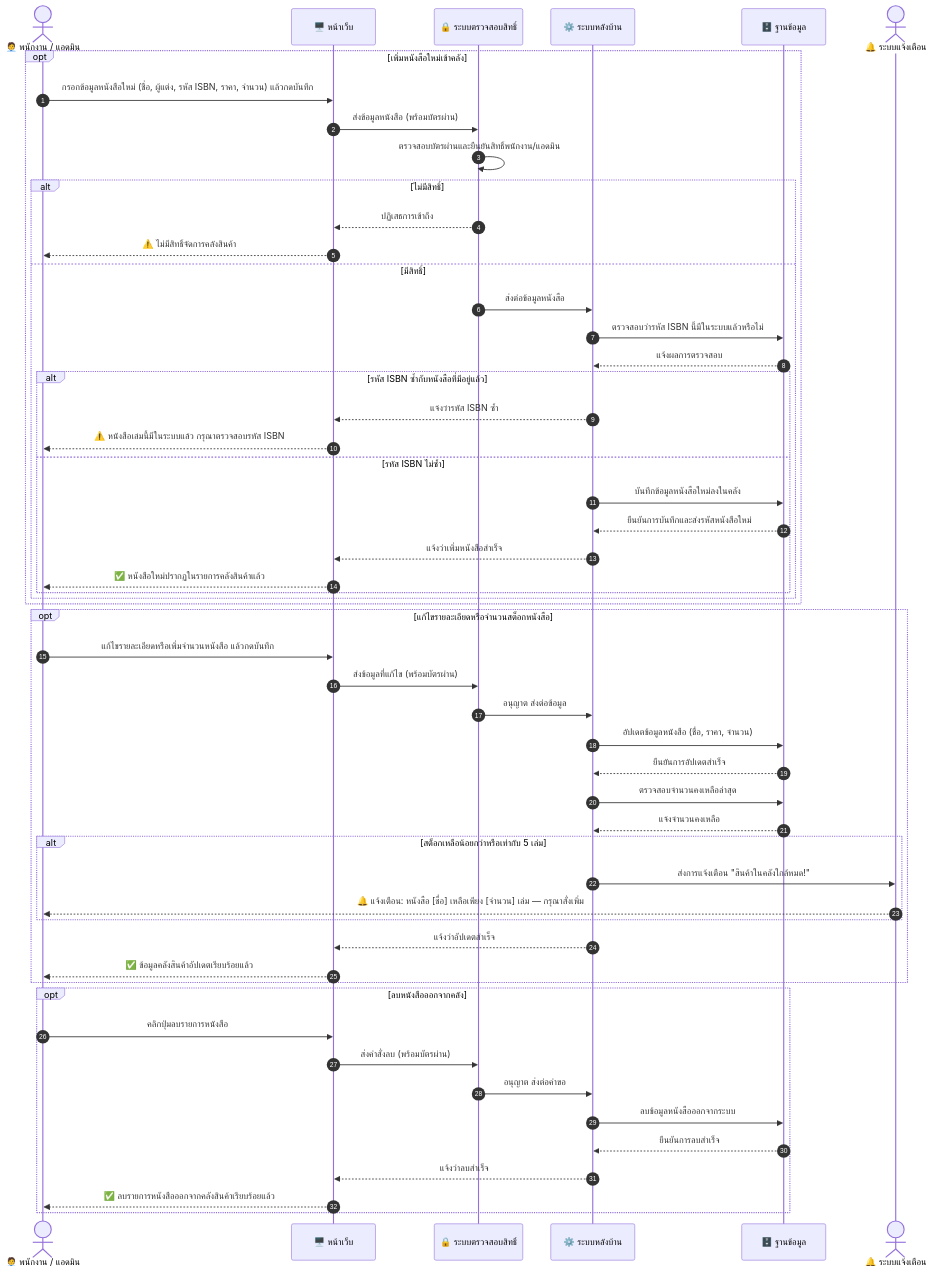
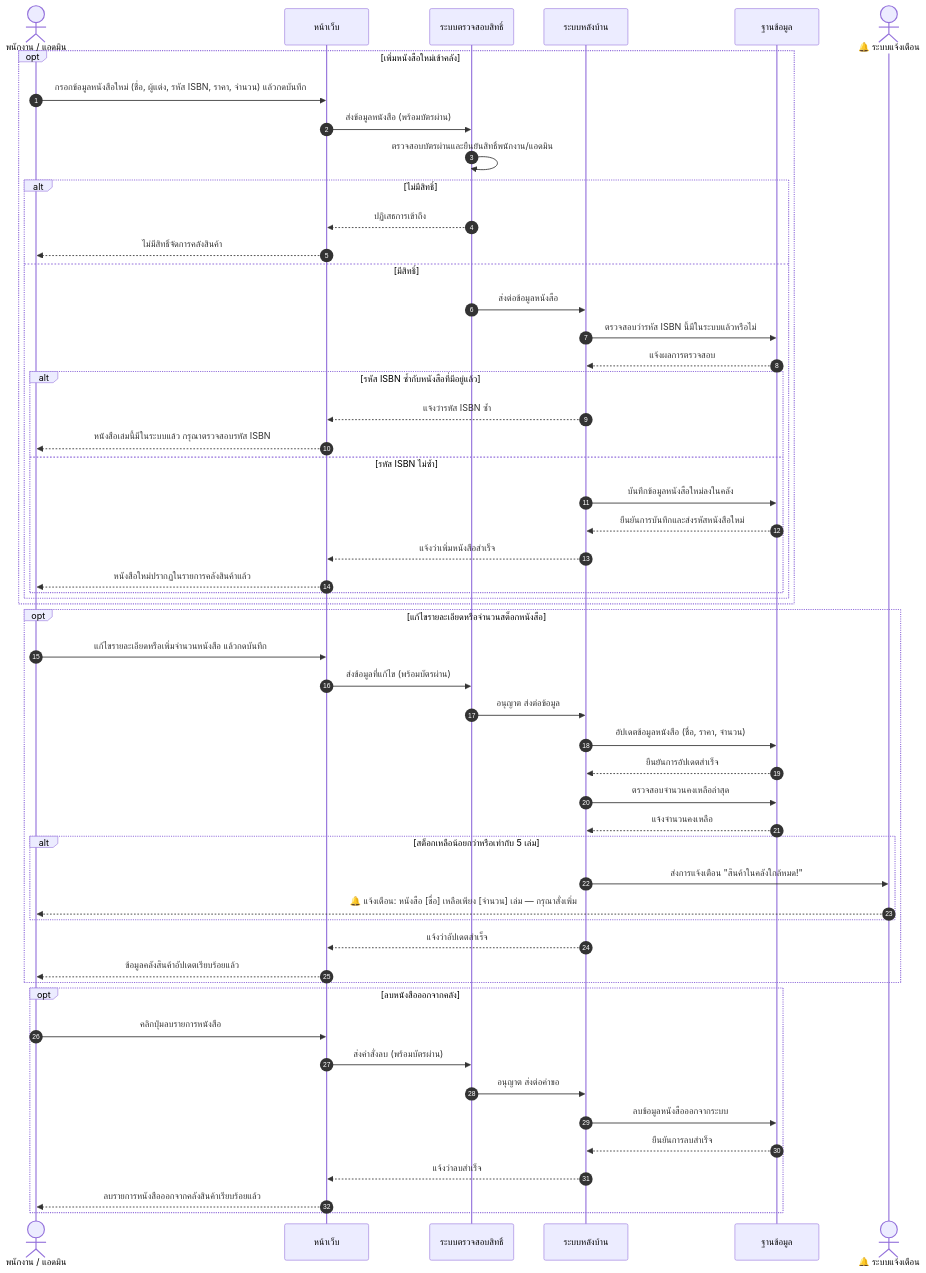
Before and after one commit to SupvichSpuGM/online-bookstore: the tenth of 15 diagrams in diagram/Diagram.md, drawn with Mermaid. The commit also changed other lines of this file and 1 other file, not shown here.

````diff
--- a/diagram/Diagram.md
+++ b/diagram/Diagram.md
@@ -587,59 +600,59 @@
 ```mermaid
 sequenceDiagram
-    autonumber
-    actor Staff as 🧑‍💼 พนักงาน / แอดมิน
-    participant Web as 🖥️ หน้าเว็บ
-    participant Guard as 🔒 ระบบตรวจสอบสิทธิ์
-    participant App as ⚙️ ระบบหลังบ้าน
-    participant DB as 🗄️ ฐานข้อมูล
-    actor Notify as 🔔 ระบบแจ้งเตือน
+  autonumber
+  actor Staff as พนักงาน / แอดมิน
+  participant Web as หน้าเว็บ
+  participant Guard as ระบบตรวจสอบสิทธิ์
+  participant App as ระบบหลังบ้าน
+  participant DB as ฐานข้อมูล
+  actor Notify as 🔔 ระบบแจ้งเตือน
 
-    opt เพิ่มหนังสือใหม่เข้าคลัง
-        Staff->>Web: กรอกข้อมูลหนังสือใหม่ (ชื่อ, ผู้แต่ง, รหัส ISBN, ราคา, จำนวน) แล้วกดบันทึก
-        Web->>Guard: ส่งข้อมูลหนังสือ (พร้อมบัตรผ่าน)
-        Guard->>Guard: ตรวจสอบบัตรผ่านและยืนยันสิทธิ์พนักงาน/แอดมิน
-        alt ไม่มีสิทธิ์
-            Guard-->>Web: ปฏิเสธการเข้าถึง
-            Web-->>Staff: ⚠️ ไม่มีสิทธิ์จัดการคลังสินค้า
-        else มีสิทธิ์
-            Guard->>App: ส่งต่อข้อมูลหนังสือ
-            App->>DB: ตรวจสอบว่ารหัส ISBN นี้มีในระบบแล้วหรือไม่
-            DB-->>App: แจ้งผลการตรวจสอบ
-            alt รหัส ISBN ซ้ำกับหนังสือที่มีอยู่แล้ว
-                App-->>Web: แจ้งว่ารหัส ISBN ซ้ำ
-                Web-->>Staff: ⚠️ หนังสือเล่มนี้มีในระบบแล้ว กรุณาตรวจสอบรหัส ISBN
-            else รหัส ISBN ไม่ซ้ำ
-                App->>DB: บันทึกข้อมูลหนังสือใหม่ลงในคลัง
-                DB-->>App: ยืนยันการบันทึกและส่งรหัสหนังสือใหม่
-                App-->>Web: แจ้งว่าเพิ่มหนังสือสำเร็จ
-                Web-->>Staff: ✅ หนังสือใหม่ปรากฏในรายการคลังสินค้าแล้ว
-            end
-        end
+  opt เพิ่มหนังสือใหม่เข้าคลัง
+    Staff->>Web: กรอกข้อมูลหนังสือใหม่ (ชื่อ, ผู้แต่ง, รหัส ISBN, ราคา, จำนวน) แล้วกดบันทึก
+    Web->>Guard: ส่งข้อมูลหนังสือ (พร้อมบัตรผ่าน)
+    Guard->>Guard: ตรวจสอบบัตรผ่านและยืนยันสิทธิ์พนักงาน/แอดมิน
+    alt ไม่มีสิทธิ์
+      Guard-->>Web: ปฏิเสธการเข้าถึง
+      Web-->>Staff: ไม่มีสิทธิ์จัดการคลังสินค้า
+    else มีสิทธิ์
+      Guard->>App: ส่งต่อข้อมูลหนังสือ
+      App->>DB: ตรวจสอบว่ารหัส ISBN นี้มีในระบบแล้วหรือไม่
+      DB-->>App: แจ้งผลการตรวจสอบ
+      alt รหัส ISBN ซ้ำกับหนังสือที่มีอยู่แล้ว
+        App-->>Web: แจ้งว่ารหัส ISBN ซ้ำ
+        Web-->>Staff: หนังสือเล่มนี้มีในระบบแล้ว กรุณาตรวจสอบรหัส ISBN
+      else รหัส ISBN ไม่ซ้ำ
+        App->>DB: บันทึกข้อมูลหนังสือใหม่ลงในคลัง
+        DB-->>App: ยืนยันการบันทึกและส่งรหัสหนังสือใหม่
+        App-->>Web: แจ้งว่าเพิ่มหนังสือสำเร็จ
+        Web-->>Staff: หนังสือใหม่ปรากฏในรายการคลังสินค้าแล้ว
+      end
     end
+  end
 
-    opt แก้ไขรายละเอียดหรือจำนวนสต็อกหนังสือ
-        Staff->>Web: แก้ไขรายละเอียดหรือเพิ่มจำนวนหนังสือ แล้วกดบันทึก
-        Web->>Guard: ส่งข้อมูลที่แก้ไข (พร้อมบัตรผ่าน)
-        Guard->>App: อนุญาต ส่งต่อข้อมูล
-        App->>DB: อัปเดตข้อมูลหนังสือ (ชื่อ, ราคา, จำนวน)
-        DB-->>App: ยืนยันการอัปเดตสำเร็จ
-        App->>DB: ตรวจสอบจำนวนคงเหลือล่าสุด
-        DB-->>App: แจ้งจำนวนคงเหลือ
-        alt สต็อกเหลือน้อยกว่าหรือเท่ากับ 5 เล่ม
-            App->>Notify: ส่งการแจ้งเตือน "สินค้าในคลังใกล้หมด!"
-            Notify-->>Staff: 🔔 แจ้งเตือน: หนังสือ [ชื่อ] เหลือเพียง [จำนวน] เล่ม — กรุณาสั่งเพิ่ม
-        end
-        App-->>Web: แจ้งว่าอัปเดตสำเร็จ
-        Web-->>Staff: ✅ ข้อมูลคลังสินค้าอัปเดตเรียบร้อยแล้ว
+  opt แก้ไขรายละเอียดหรือจำนวนสต็อกหนังสือ
+    Staff->>Web: แก้ไขรายละเอียดหรือเพิ่มจำนวนหนังสือ แล้วกดบันทึก
+    Web->>Guard: ส่งข้อมูลที่แก้ไข (พร้อมบัตรผ่าน)
+    Guard->>App: อนุญาต ส่งต่อข้อมูล
+    App->>DB: อัปเดตข้อมูลหนังสือ (ชื่อ, ราคา, จำนวน)
+    DB-->>App: ยืนยันการอัปเดตสำเร็จ
+    App->>DB: ตรวจสอบจำนวนคงเหลือล่าสุด
+    DB-->>App: แจ้งจำนวนคงเหลือ
+    alt สต็อกเหลือน้อยกว่าหรือเท่ากับ 5 เล่ม
+      App->>Notify: ส่งการแจ้งเตือน "สินค้าในคลังใกล้หมด!"
+      Notify-->>Staff: 🔔 แจ้งเตือน: หนังสือ [ชื่อ] เหลือเพียง [จำนวน] เล่ม — กรุณาสั่งเพิ่ม
     end
+    App-->>Web: แจ้งว่าอัปเดตสำเร็จ
+    Web-->>Staff: ข้อมูลคลังสินค้าอัปเดตเรียบร้อยแล้ว
+  end
 
-    opt ลบหนังสือออกจากคลัง
-        Staff->>Web: คลิกปุ่มลบรายการหนังสือ
-        Web->>Guard: ส่งคำสั่งลบ (พร้อมบัตรผ่าน)
-        Guard->>App: อนุญาต ส่งต่อคำขอ
-        App->>DB: ลบข้อมูลหนังสือออกจากระบบ
-        DB-->>App: ยืนยันการลบสำเร็จ
-        App-->>Web: แจ้งว่าลบสำเร็จ
-        Web-->>Staff: ✅ ลบรายการหนังสือออกจากคลังสินค้าเรียบร้อยแล้ว
-    end
+  opt ลบหนังสือออกจากคลัง
+    Staff->>Web: คลิกปุ่มลบรายการหนังสือ
+    Web->>Guard: ส่งคำสั่งลบ (พร้อมบัตรผ่าน)
+    Guard->>App: อนุญาต ส่งต่อคำขอ
+    App->>DB: ลบข้อมูลหนังสือออกจากระบบ
+    DB-->>App: ยืนยันการลบสำเร็จ
+    App-->>Web: แจ้งว่าลบสำเร็จ
+    Web-->>Staff: ลบรายการหนังสือออกจากคลังสินค้าเรียบร้อยแล้ว
+  end
 ```
````
